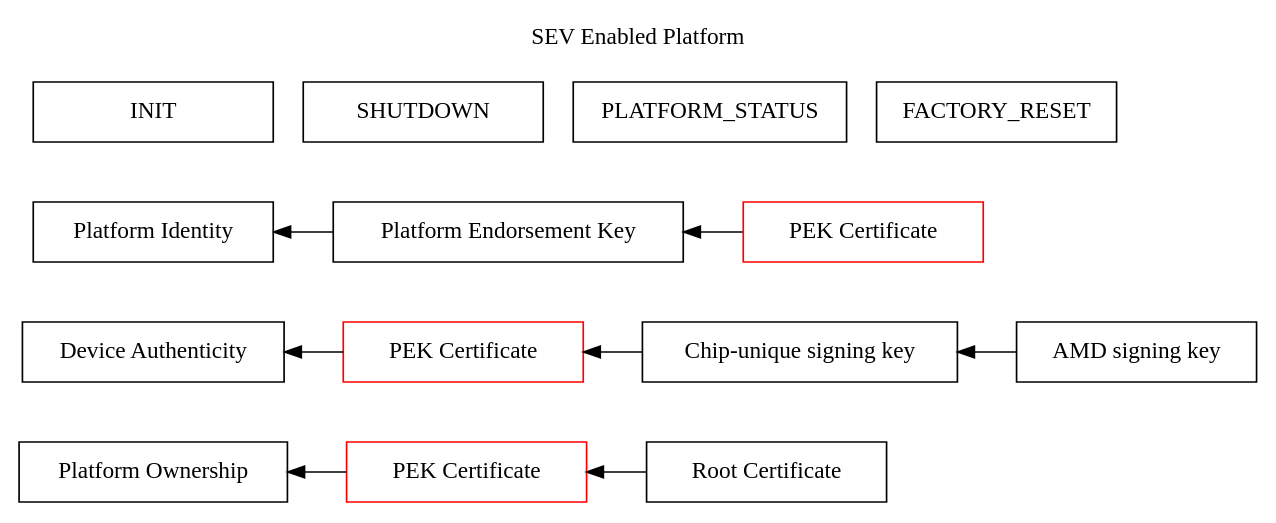
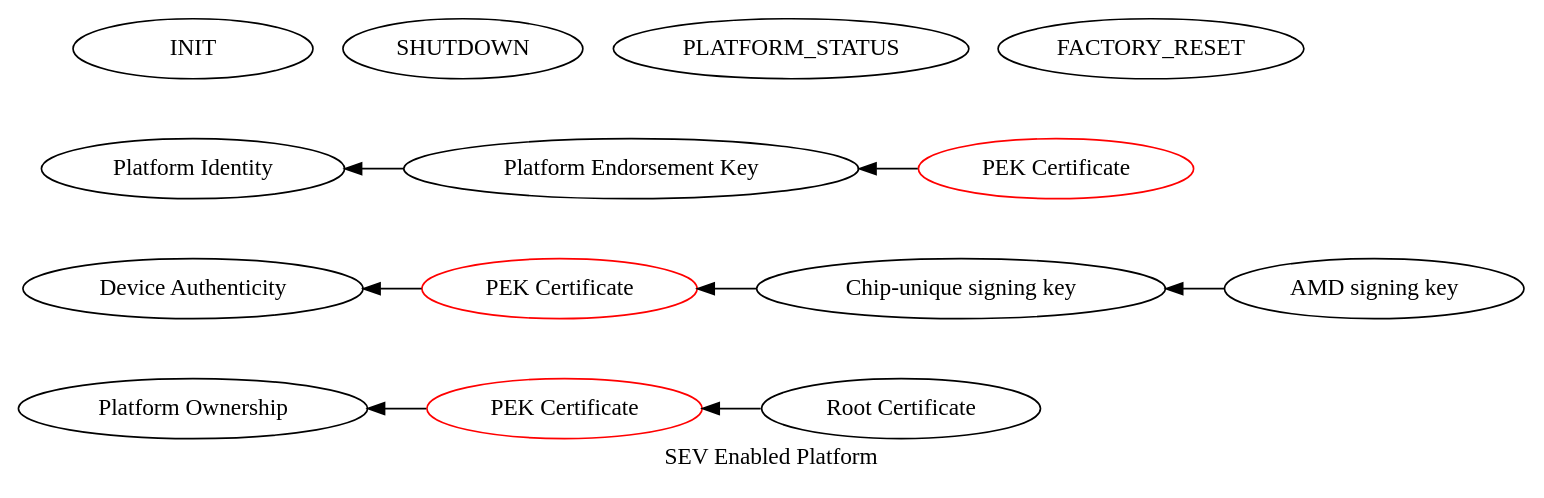
One commit to fengharry/draw changed the diagram in platform.gv. Above: the diagram before and after it, drawn with Graphviz. The commit also changed 17 other files, not shown here.

```diff
--- a/platform.gv
+++ b/platform.gv
@@ -1,43 +1,41 @@
-digraph sev{
-	node[shape = box; width = 2];
-	label = "SEV Enabled Platform\n "; labelloc = t;
-	ranksep = 0.5;
-	nodesep = 0.25;
+digraph hello{
+	graph[label = "SEV Enabled Platform\n"];
+	node[width = 2];
 
 	init[label = "INIT"];
 	shutdown[label = "SHUTDOWN"];
 	status[label = "PLATFORM_STATUS"];	
 	reset[label = "FACTORY_RESET"];
 
 	init -> identity[style = invis];
 
 	{
 		rank = same;
 		identity[label = "Platform Identity"];
 		pek[label = "Platform Endorsement Key"];
 		pek_cert0[label = "PEK Certificate"; color = red];
 		identity -> pek -> pek_cert0[dir = back; minlen = 2];
 	}
 	
 	identity -> authenticity[style = invis];
 	
 	{
 		rank = same;
 		authenticity[label = "Device Authenticity"];
 		pek_cert1[label = "PEK Certificate"; color = red];
 		chip_key[label = "Chip-unique signing key"];
 		amd_key[label = "AMD signing key"];
 		authenticity -> pek_cert1 -> chip_key -> amd_key[dir = back; minlen = 2];
 	}
 	
 	authenticity -> ownership[style = invis];
 	
 	{
 		rank = same;
 		ownership[label = "Platform Ownership"];
 		pek_cert2[label = "PEK Certificate"; color = red];
 		root_cert[label = "Root Certificate"];
 		ownership -> pek_cert2 -> root_cert[dir = back; minlen = 2];
 	}
 
 }
```
